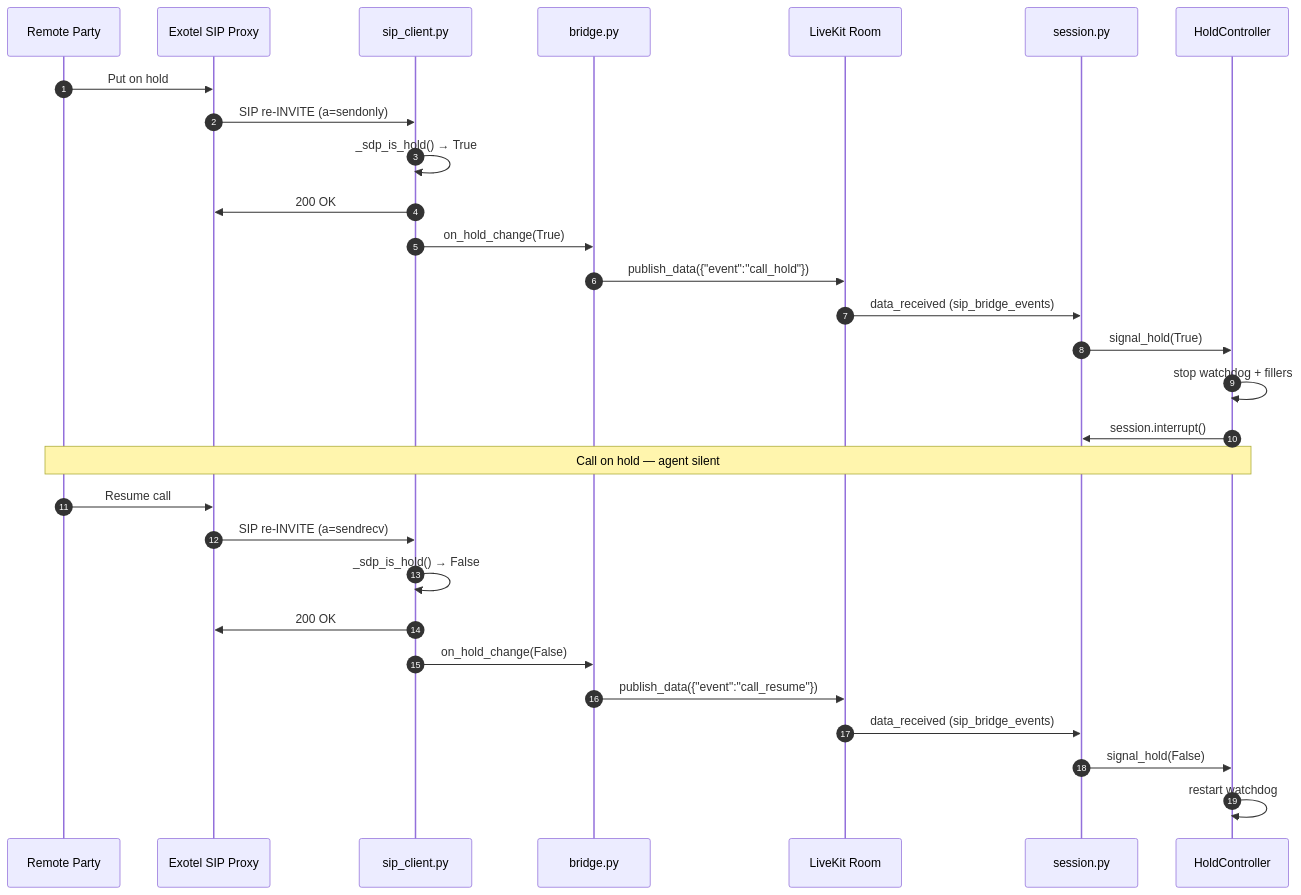
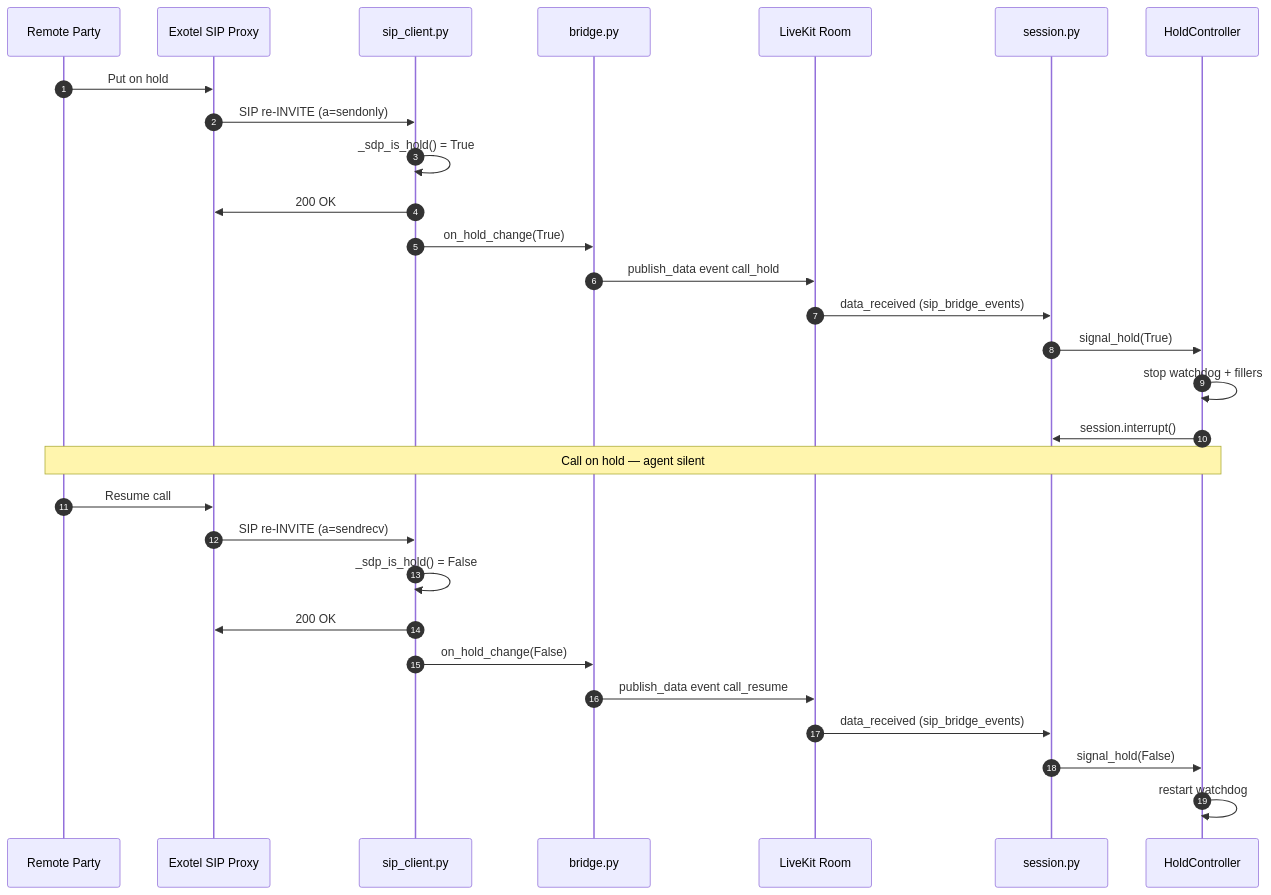
The fifth of 7 diagrams in docs/architecture.md (ShubhamX-AI/api_livekit), drawn with Mermaid before and after one commit. The commit also changed other lines of this file and 2 other files, not shown here.

First line of the commit message:
docs: fix Mermaid syntax errors in flow diagrams

````diff
--- a/docs/architecture.md
+++ b/docs/architecture.md
@@ -383,34 +383,34 @@
 ```mermaid
 sequenceDiagram
     autonumber
     participant Remote as Remote Party
     participant Exotel as Exotel SIP Proxy
     participant SIP as sip_client.py
     participant Bridge as bridge.py
     participant LK as LiveKit Room
     participant Session as session.py
     participant HC as HoldController
 
     Remote->>Exotel: Put on hold
     Exotel->>SIP: SIP re-INVITE (a=sendonly)
-    SIP->>SIP: _sdp_is_hold() → True
+    SIP->>SIP: _sdp_is_hold() = True
     SIP->>Exotel: 200 OK
     SIP->>Bridge: on_hold_change(True)
-    Bridge->>LK: publish_data({"event":"call_hold"})
+    Bridge->>LK: publish_data event call_hold
     LK->>Session: data_received (sip_bridge_events)
     Session->>HC: signal_hold(True)
     HC->>HC: stop watchdog + fillers
     HC->>Session: session.interrupt()
 
     Note over Remote,HC: Call on hold — agent silent
 
     Remote->>Exotel: Resume call
     Exotel->>SIP: SIP re-INVITE (a=sendrecv)
-    SIP->>SIP: _sdp_is_hold() → False
+    SIP->>SIP: _sdp_is_hold() = False
     SIP->>Exotel: 200 OK
     SIP->>Bridge: on_hold_change(False)
-    Bridge->>LK: publish_data({"event":"call_resume"})
+    Bridge->>LK: publish_data event call_resume
     LK->>Session: data_received (sip_bridge_events)
     Session->>HC: signal_hold(False)
     HC->>HC: restart watchdog
 ```
````
